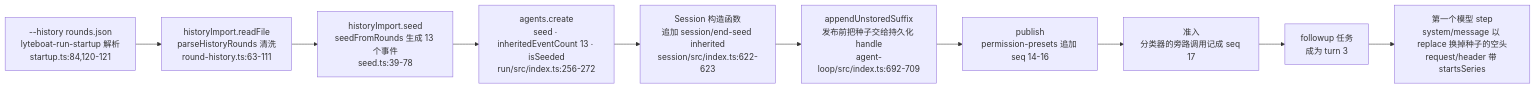
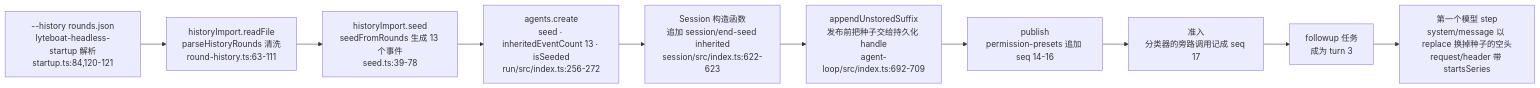
Before and after one commit to lyteboat/boat: diagram 11 of 11 in docs/01-architecture.md, drawn with Mermaid. The commit also changed other lines of this file and 61 other files, not shown here.

First line of the commit message:
F3-S1: lyteboat — `run` becomes `headless`, as dsh names its one-shot mode

````diff
--- a/docs/01-architecture.md
+++ b/docs/01-architecture.md
@@ -1271,12 +1281,12 @@
 ```mermaid
 flowchart LR
-  arg["--history rounds.json<br/>lyteboat-run-startup 解析<br/>startup.ts:84,120-121"] --> rf["historyImport.readFile<br/>parseHistoryRounds 清洗<br/>round-history.ts:63-111"]
+  arg["--history rounds.json<br/>lyteboat-headless-startup 解析<br/>startup.ts:84,120-121"] --> rf["historyImport.readFile<br/>parseHistoryRounds 清洗<br/>round-history.ts:63-111"]
   rf --> sd["historyImport.seed<br/>seedFromRounds 生成 13 个事件<br/>seed.ts:39-78"]
   sd --> cr["agents.create<br/>seed · inheritedEventCount 13 · isSeeded<br/>run/src/index.ts:256-272"]
   cr --> es["Session 构造函数<br/>追加 session/end-seed inherited<br/>session/src/index.ts:622-623"]
   es --> st["appendUnstoredSuffix<br/>发布前把种子交给持久化 handle<br/>agent-loop/src/index.ts:692-709"]
   st --> pub["publish<br/>permission-presets 追加 seq 14-16"]
   pub --> adm["准入<br/>分类器的旁路调用记成 seq 17"]
   adm --> task["followup 任务<br/>成为 turn 3"]
   task --> rep["第一个模型 step<br/>system/message 以 replace 换掉种子的空头<br/>request/header 带 startsSeries"]
 ```
````
